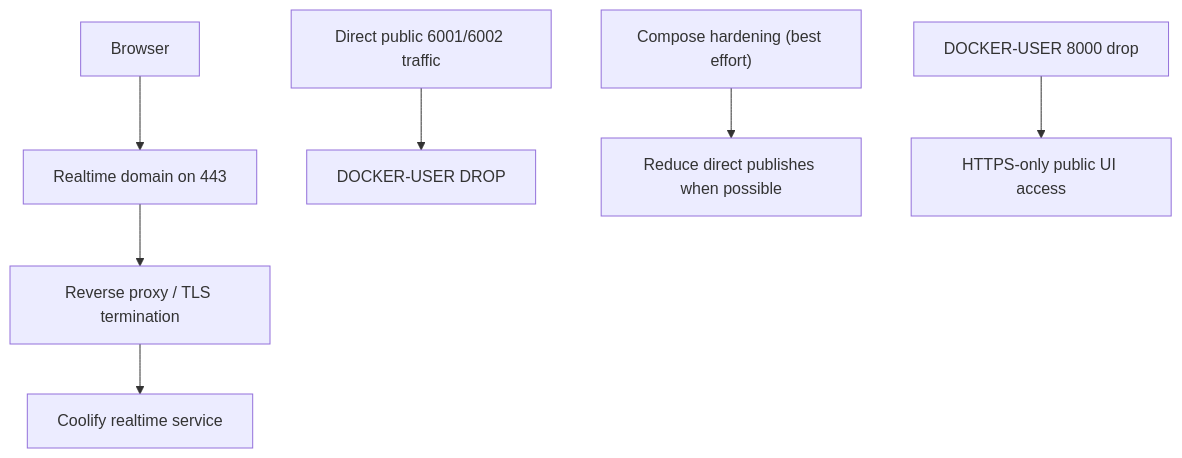
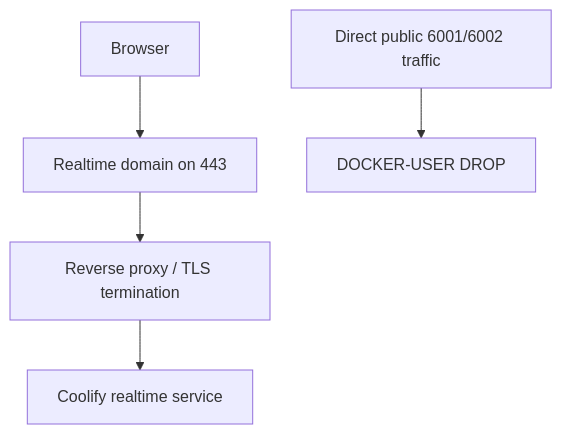
Before and after one commit to rigu/vps-coolify-bootstrap: the second of 2 diagrams in docs/vps-coolify-realtime-modes.md, drawn with Mermaid. The commit also changed other lines of this file and 9 other files, not shown here.

Commit message:
Align bootstrap/docs to official Coolify onboarding flow

````diff
--- a/docs/vps-coolify-realtime-modes.md
+++ b/docs/vps-coolify-realtime-modes.md
@@ -108,9 +97,7 @@
 ```mermaid
 flowchart TD
   A["Browser"] --> B["Realtime domain on 443"]
   B --> C["Reverse proxy / TLS termination"]
   C --> D["Coolify realtime service"]
   E["Direct public 6001/6002 traffic"] --> F["DOCKER-USER DROP"]
-  G["Compose hardening (best effort)"] --> H["Reduce direct publishes when possible"]
-  I["DOCKER-USER 8000 drop"] --> J["HTTPS-only public UI access"]
 ```
````
